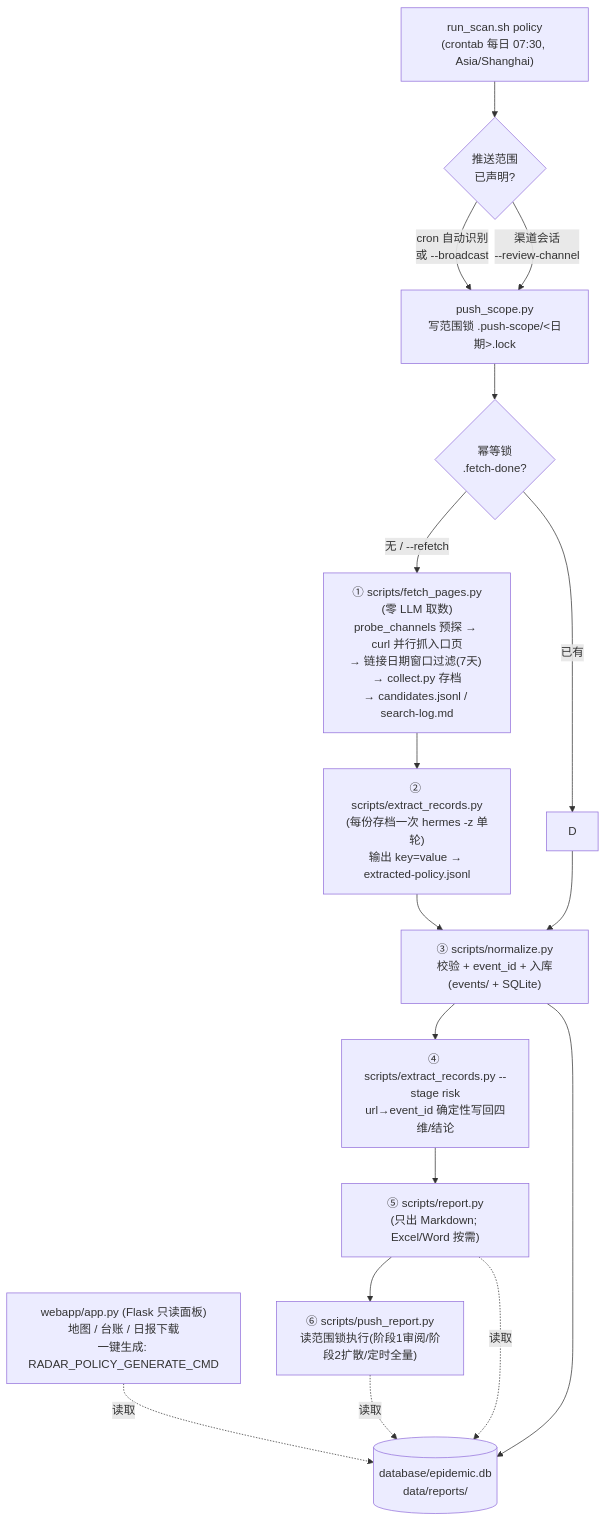
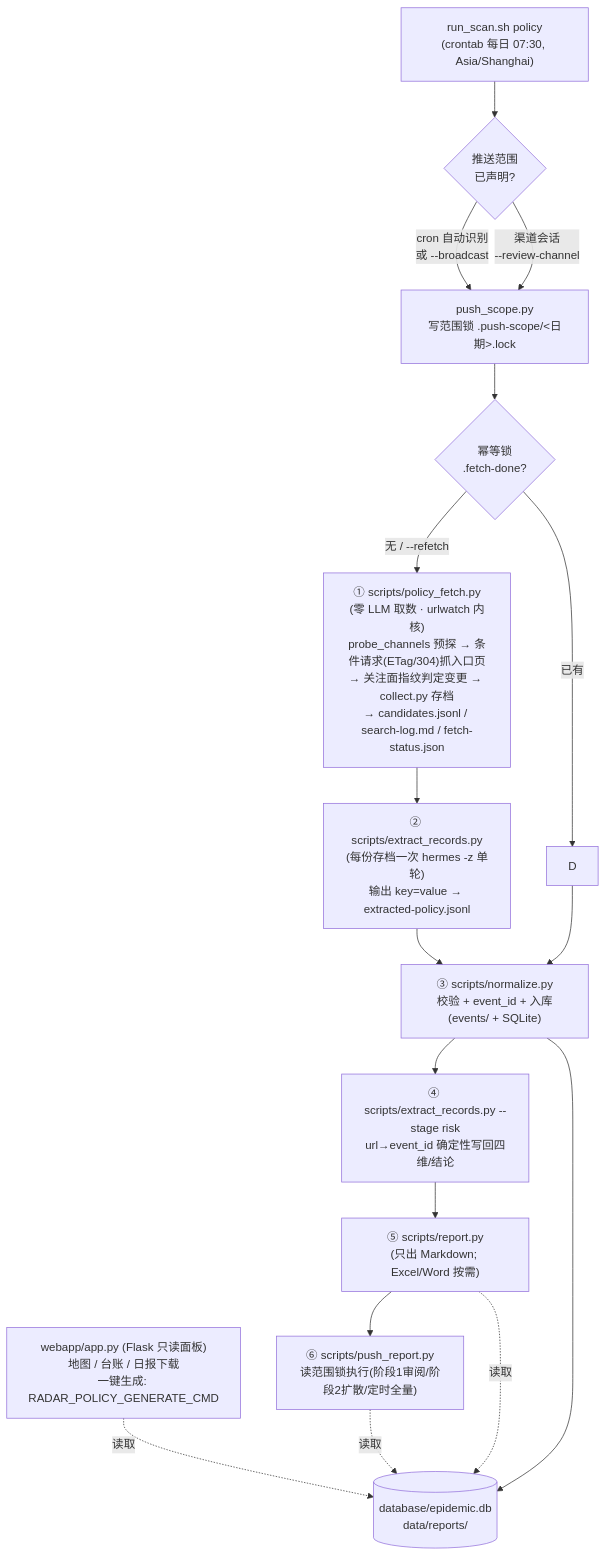
Before and after one commit to AllanYoyo/global-epidemic-ai: the diagram in ARCHITECTURE.md, drawn with Mermaid. The commit also changed other lines of this file and 23 other files, not shown here.

First line of the commit message:
feat(fetch): 取数内核换成 urlwatch 移植版 + 审查修复 P0/P1

````diff
--- a/ARCHITECTURE.md
+++ b/ARCHITECTURE.md
@@ -9,19 +9,19 @@
 ```mermaid
 flowchart TD
     A["run_scan.sh policy<br/>(crontab 每日 07:30, Asia/Shanghai)"] --> B{"推送范围<br/>已声明?"}
     B -- "cron 自动识别<br/>或 --broadcast" --> S0["push_scope.py<br/>写范围锁 .push-scope/&lt;日期&gt;.lock"]
     B -- "渠道会话<br/>--review-channel" --> S0
     S0 --> C{"幂等锁<br/>.fetch-done?"}
     C -- "已有" --> D
-    C -- "无 / --refetch" --> E["① scripts/fetch_pages.py<br/>(零 LLM 取数)<br/>probe_channels 预探 → curl 并行抓入口页<br/>→ 链接日期窗口过滤(7天) → collect.py 存档<br/>→ candidates.jsonl / search-log.md"]
+    C -- "无 / --refetch" --> E["① scripts/policy_fetch.py<br/>(零 LLM 取数 · urlwatch 内核)<br/>probe_channels 预探 → 条件请求(ETag/304)抓入口页<br/>→ 关注面指纹判定变更 → collect.py 存档<br/>→ candidates.jsonl / search-log.md / fetch-status.json"]
     E --> F["② scripts/extract_records.py<br/>(每份存档一次 hermes -z 单轮)<br/>输出 key=value → extracted-policy.jsonl"]
     F --> G["③ scripts/normalize.py<br/>校验 + event_id + 入库(events/ + SQLite)"]
     G --> H["④ scripts/extract_records.py --stage risk<br/>url→event_id 确定性写回四维/结论"]
     H --> I["⑤ scripts/report.py<br/>(只出 Markdown; Excel/Word 按需)"]
     I --> J["⑥ scripts/push_report.py<br/>读范围锁执行(阶段1审阅/阶段2扩散/定时全量)"]
     D --> G
     L["webapp/app.py (Flask 只读面板)<br/>地图 / 台账 / 日报下载<br/>一键生成: RADAR_POLICY_GENERATE_CMD"] -.读取.-> M[("database/epidemic.db<br/>data/reports/")]
     J -.读取.-> M
     I -.读取.-> M
     G --> M
 ```
````
